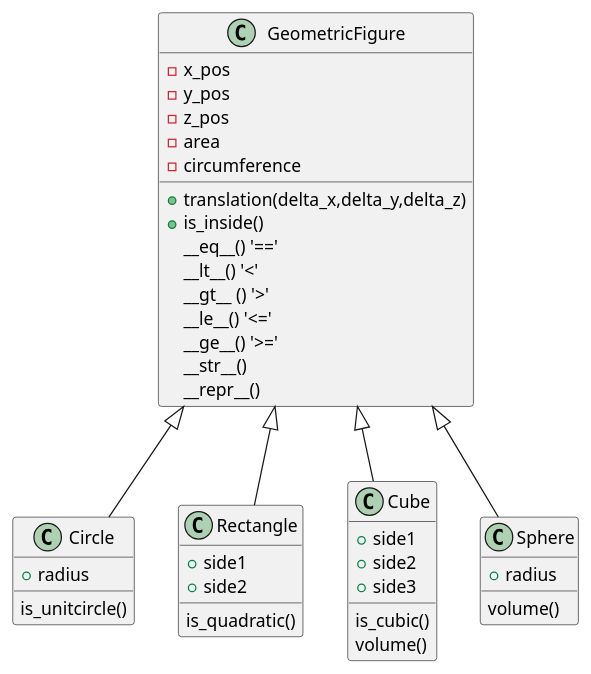
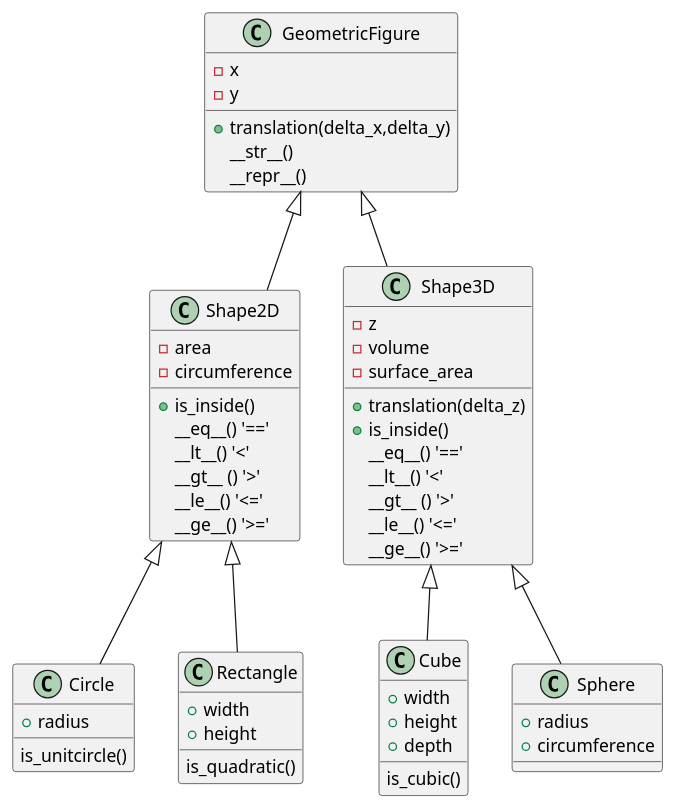
One commit to dancla240/Python_Daniel_Claesson changed the diagram in Lab3/Lab3_UML.md. Above: the diagram before and after it, drawn with PlantUML. The commit also changed 1 other file, not shown here.

Commit message:
Updated UML with new class structure.

```diff
--- a/Lab3/Lab3_UML.md
+++ b/Lab3/Lab3_UML.md
@@ -3,49 +3,65 @@
 @startuml
 class GeometricFigure {  
--x_pos  
--y_pos  
--z_pos
+- x   
+- y  
++translation(delta_x,delta_y)  
+__str__()  
+__repr__() 
+}  
+
+class Shape2D {
 -area  
 -circumference  
-+translation(delta_x,delta_y,delta_z)  
 +is_inside()  
 __eq__() '=='  
 __lt__() '<'  
 __gt__ () '>'  
 __le__() '<='  
 __ge__() '>='  
-__str__()  
-__repr__()  
-}  
+}
+
+class Shape3D {
+- z  
+-volume
+-surface_area
++translation(delta_z)  
++is_inside()
+__eq__() '=='  
+__lt__() '<'  
+__gt__ () '>'  
+__le__() '<='  
+__ge__() '>='  
+}
   
 class Circle {  
 +radius  
 is_unitcircle()  
 }  
   
 class Rectangle {  
-+side1  
-+side2  
++width  
++height  
 is_quadratic()  
 }  
 
 class Cube {  
-+side1  
-+side2  
-+side3  
-is_cubic()
-volume()    
++width  
++height  
++depth  
+is_cubic()  
+ 
 }
 
 class Sphere {  
 +radius  
-volume()  
++circumference  
 }
 
     
-GeometricFigure <|-- Circle  
-GeometricFigure <|-- Rectangle  
-GeometricFigure <|-- Cube
-GeometricFigure <|-- Sphere
-  
+GeometricFigure <|-- Shape2D
+GeometricFigure <|-- Shape3D
+Shape2D <|-- Circle  
+Shape2D <|-- Rectangle  
+Shape3D <|-- Cube
+Shape3D <|-- Sphere
 @enduml
```
